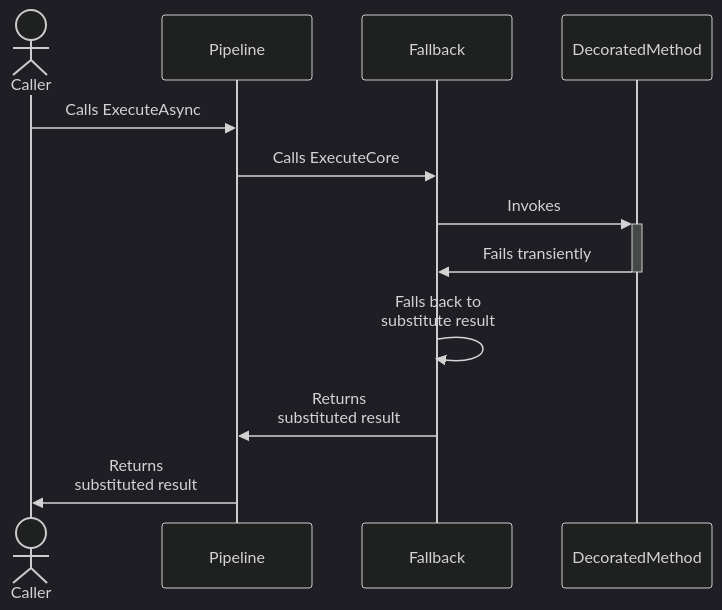
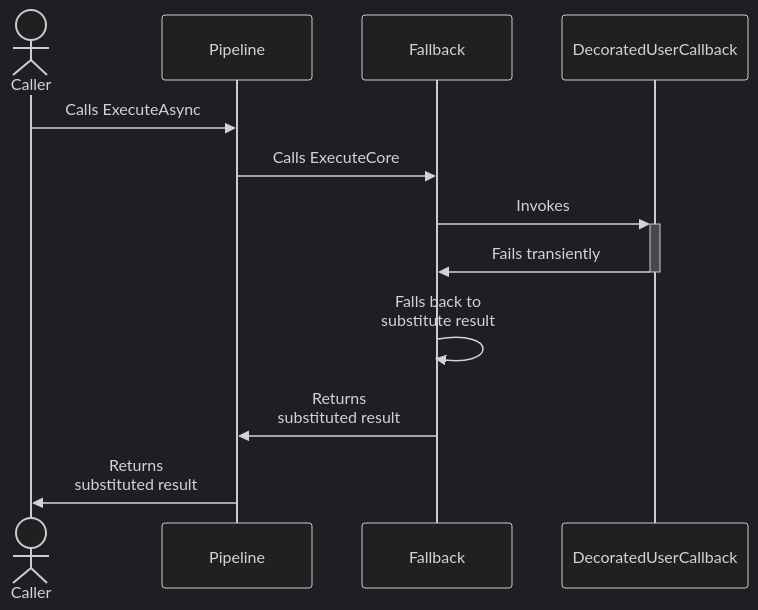
Before and after one commit to App-vNext/Polly: the second of 2 diagrams in docs/strategies/fallback.md, drawn with Mermaid. The commit also changed other lines of this file and 3 other files, not shown here.

Commit message:
Rename decorated method to decorated user callback

````diff
--- a/docs/strategies/fallback.md
+++ b/docs/strategies/fallback.md
@@ -90,16 +90,16 @@
 ```mermaid
 %%{init: {'theme':'dark'}}%%
 sequenceDiagram
     actor C as Caller
     participant P as Pipeline
     participant F as Fallback
-    participant DM as DecoratedMethod
+    participant D as DecoratedUserCallback
 
     C->>P: Calls ExecuteAsync
     P->>F: Calls ExecuteCore
-    F->>+DM: Invokes
-    DM->>-F: Fails transiently
+    F->>+D: Invokes
+    D->>-F: Fails transiently
     F->>F: Falls back to<br/>substitute result
     F->>P: Returns <br/>substituted result
     P->>C: Returns <br/>substituted result
 ```
````
